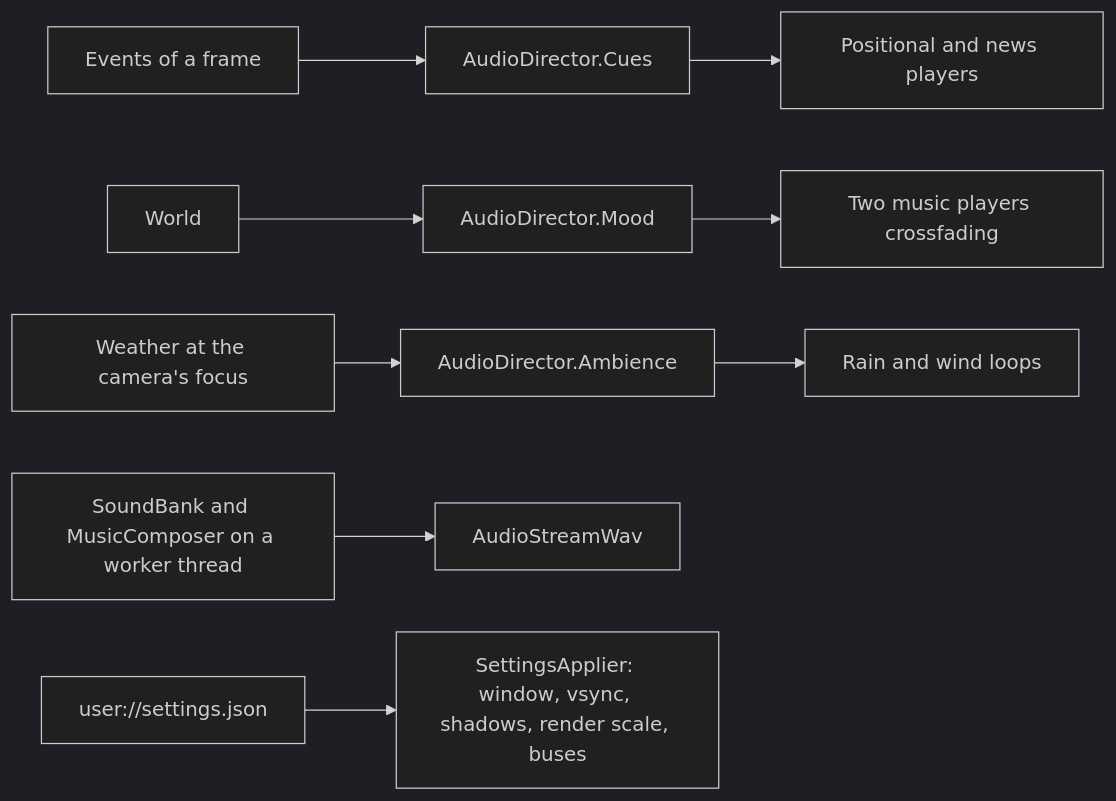
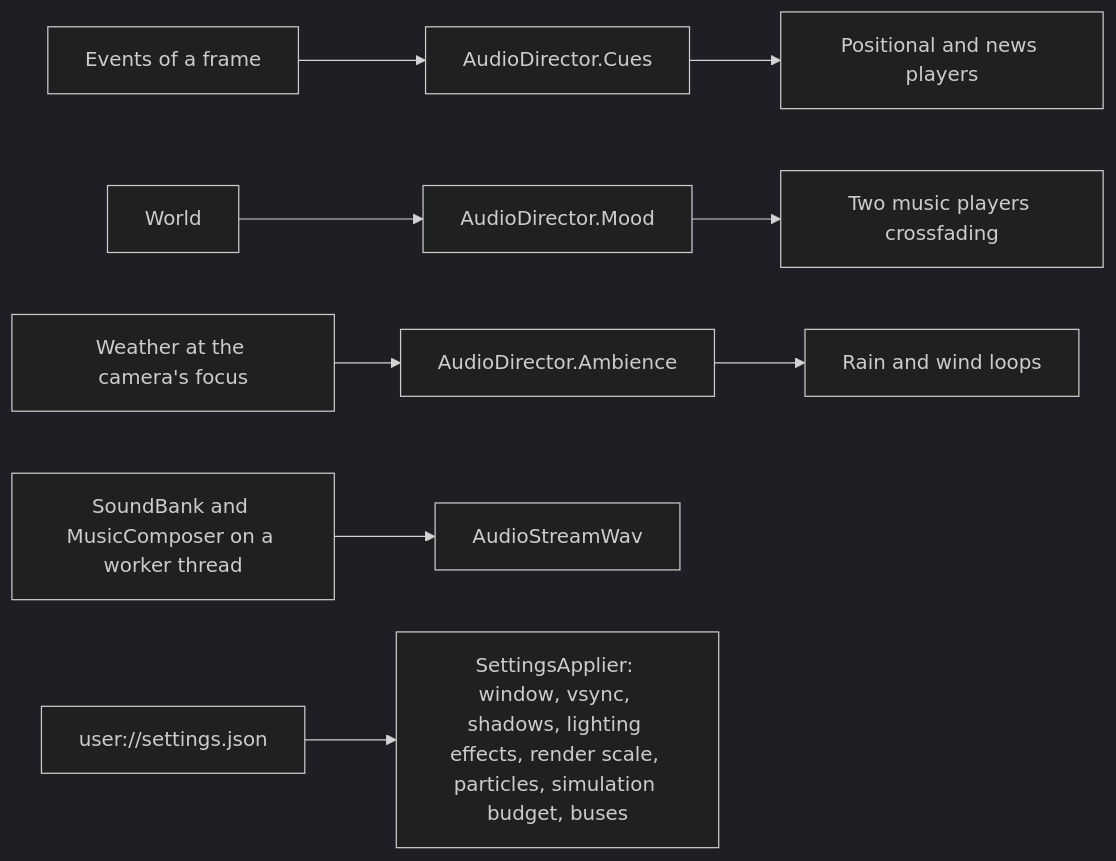
Before and after one commit to roeyazroel/pantheon: diagram 12 of 35 in docs/ARCHITECTURE.md, drawn with Mermaid (dark theme). The commit also changed other lines of this file and 4 other files, not shown here.

````diff
--- a/docs/ARCHITECTURE.md
+++ b/docs/ARCHITECTURE.md
@@ -1291,11 +1294,11 @@
 ```mermaid
 flowchart LR
     events[Events of a frame] --> director[AudioDirector.Cues]
     world[World] --> mood[AudioDirector.Mood]
     weather[Weather at the camera's focus] --> ambience[AudioDirector.Ambience]
     bank[SoundBank and MusicComposer on a worker thread] --> streams[AudioStreamWav]
     director --> players[Positional and news players]
     mood --> music[Two music players crossfading]
     ambience --> loops[Rain and wind loops]
-    settings[user://settings.json] --> applier[SettingsApplier: window, vsync, shadows, render scale, buses]
+    settings[user://settings.json] --> applier[SettingsApplier: window, vsync, shadows, lighting effects, render scale, particles, simulation budget, buses]
 ```
````
